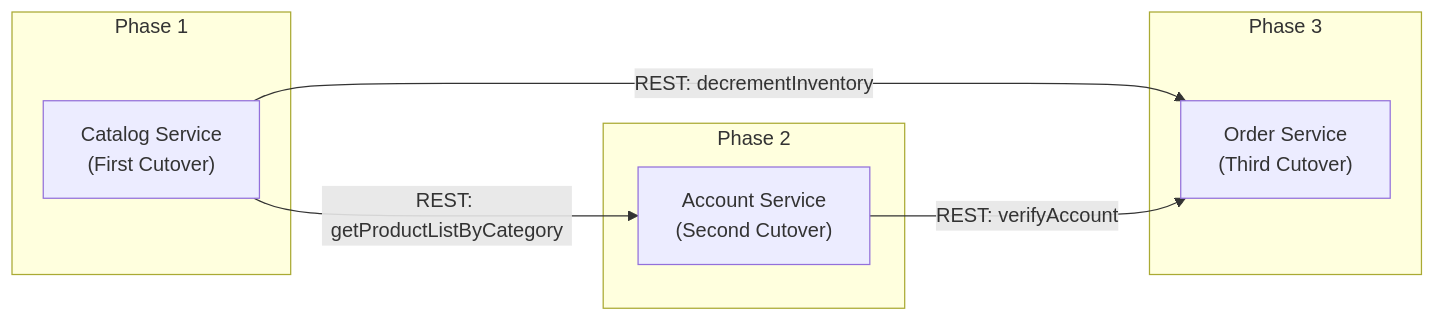
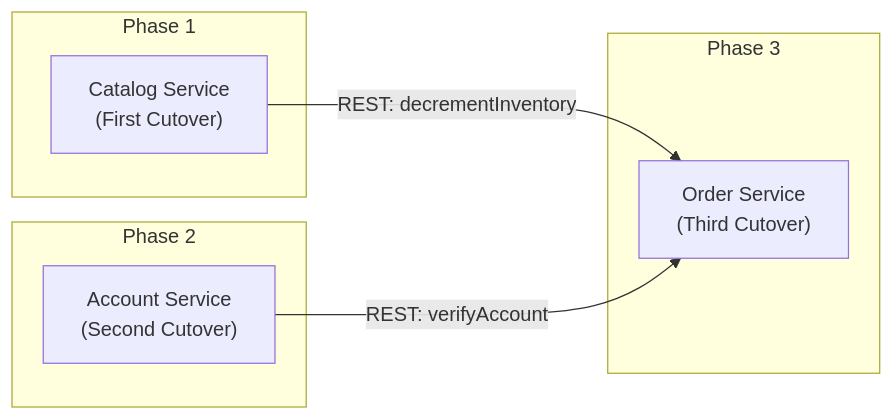
The fourth of 8 diagrams in docs/architecture.md (blitzy-public-samples/blitzy-jpetstore-6), drawn with Mermaid before and after one commit. The commit also changed other lines of this file and 4 other files, not shown here.

````diff
--- a/docs/architecture.md
+++ b/docs/architecture.md
@@ -441,15 +432,14 @@
 ```mermaid
 graph LR
     subgraph "Phase 1"
         CS["Catalog Service<br/>(First Cutover)"]
     end
     subgraph "Phase 2"
         AS["Account Service<br/>(Second Cutover)"]
     end
     subgraph "Phase 3"
         OS["Order Service<br/>(Third Cutover)"]
     end
-    CS -->|"REST: getProductListByCategory"| AS
     CS -->|"REST: decrementInventory"| OS
     AS -->|"REST: verifyAccount"| OS
 ```
````
